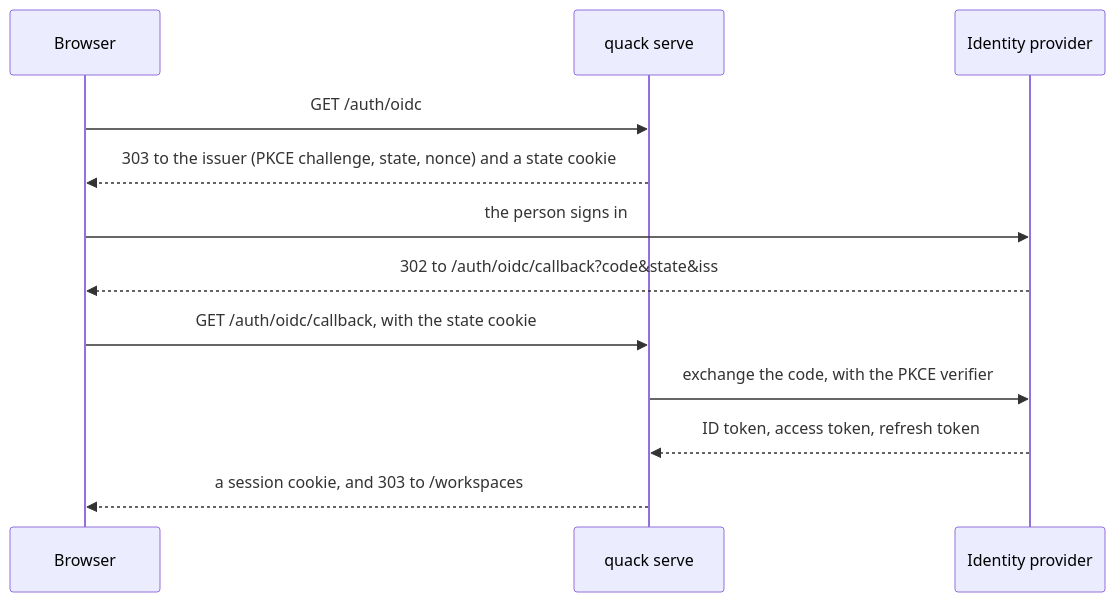
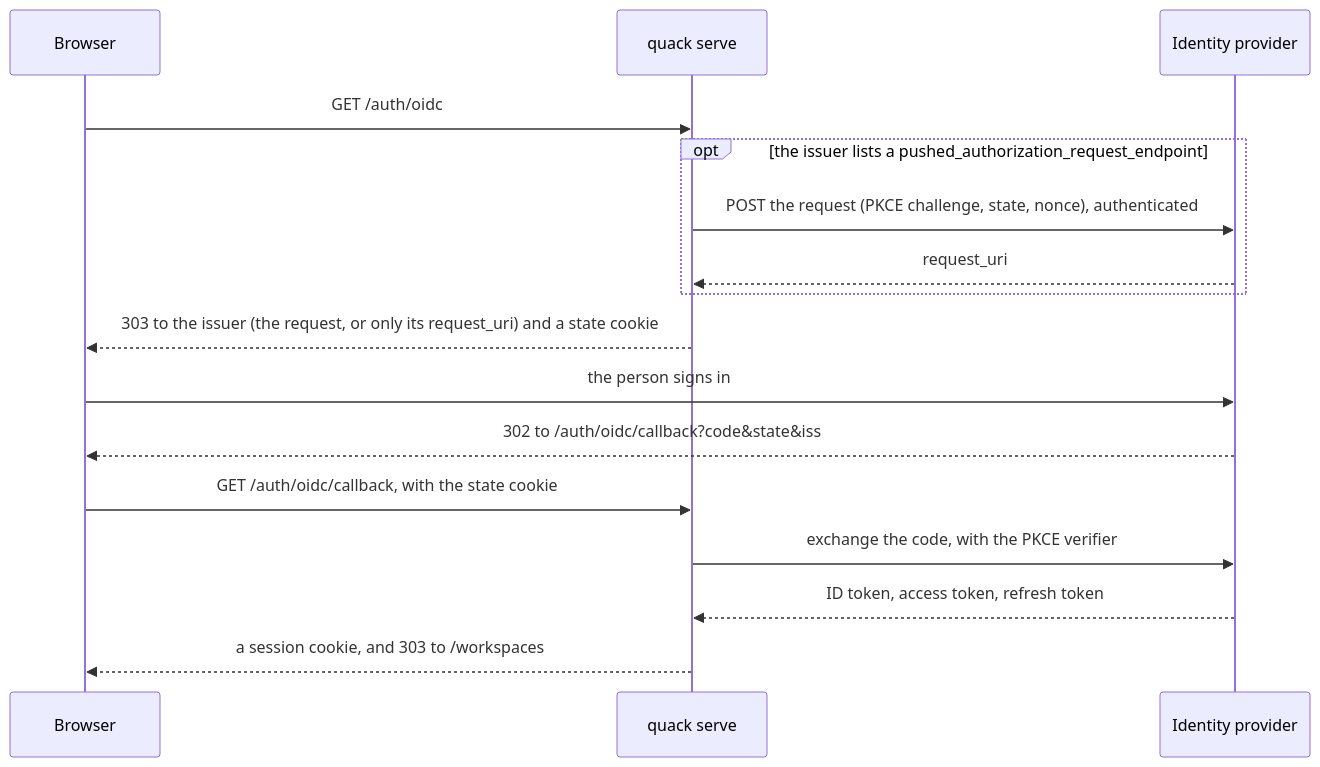
One commit to smoketurner/quack changed the diagram in docs/authentication.md. Above: the diagram before and after it, drawn with Mermaid. The commit also changed other lines of this file and 22 other files, not shown here.

````diff
--- a/docs/authentication.md
+++ b/docs/authentication.md
@@ -137,14 +141,18 @@
 ```mermaid
 sequenceDiagram
     participant B as Browser
     participant Q as quack serve
     participant I as Identity provider
     B->>Q: GET /auth/oidc
-    Q-->>B: 303 to the issuer (PKCE challenge, state, nonce) and a state cookie
+    opt the issuer lists a pushed_authorization_request_endpoint
+        Q->>I: POST the request (PKCE challenge, state, nonce), authenticated
+        I-->>Q: request_uri
+    end
+    Q-->>B: 303 to the issuer (the request, or only its request_uri) and a state cookie
     B->>I: the person signs in
     I-->>B: 302 to /auth/oidc/callback?code&state&iss
     B->>Q: GET /auth/oidc/callback, with the state cookie
     Q->>I: exchange the code, with the PKCE verifier
     I-->>Q: ID token, access token, refresh token
     Q-->>B: a session cookie, and 303 to /workspaces
 ```
````
